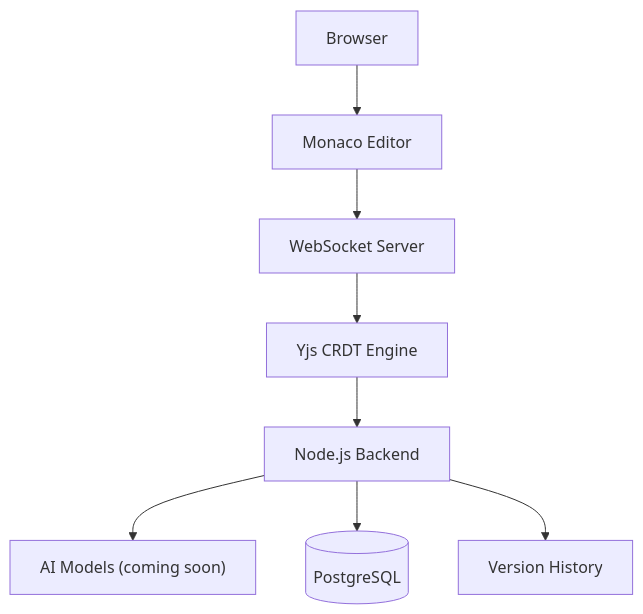
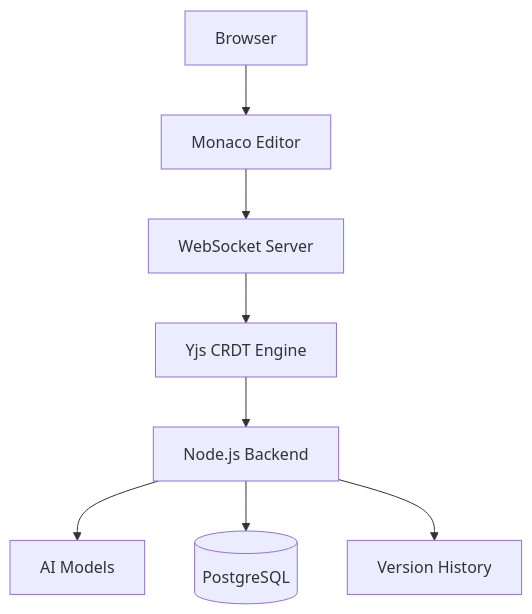
The diagram in README.md (ashilohfaith-debug/Ochre), drawn with Mermaid before and after one commit.

````diff
--- a/README.md
+++ b/README.md
@@ -60,10 +60,10 @@
 ```mermaid
 flowchart TD
-    A[Browser] --> B["Monaco Editor"]
+    A[Browser] --> B[Monaco Editor]
     B --> C[WebSocket Server]
     C --> D[Yjs CRDT Engine]
     D --> E[Node.js Backend]
-    E --> F["AI Models (coming soon)"]
+    E --> F[AI Models]
     E --> G[(PostgreSQL)]
     E --> H[Version History]
 ```
````
